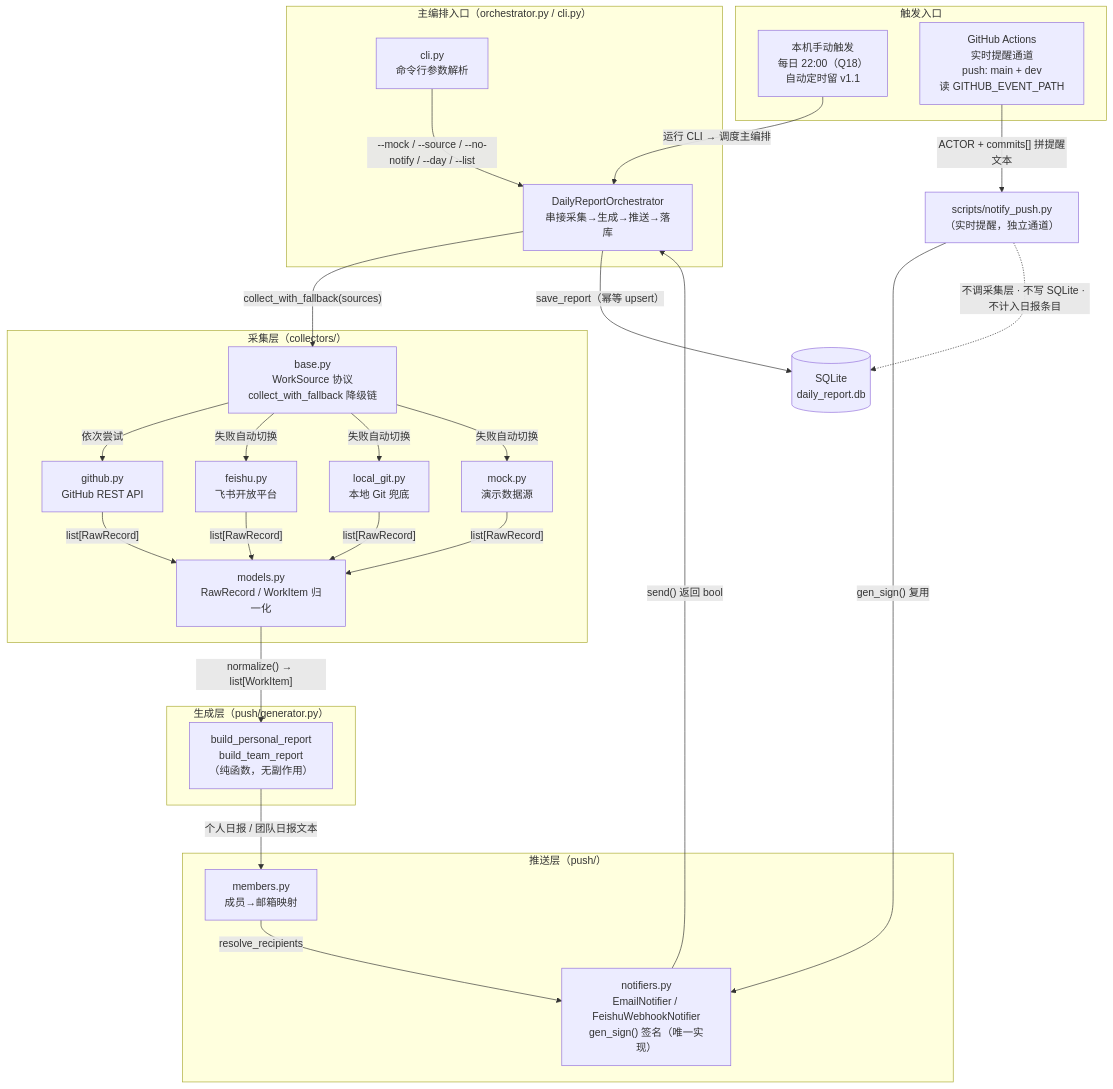
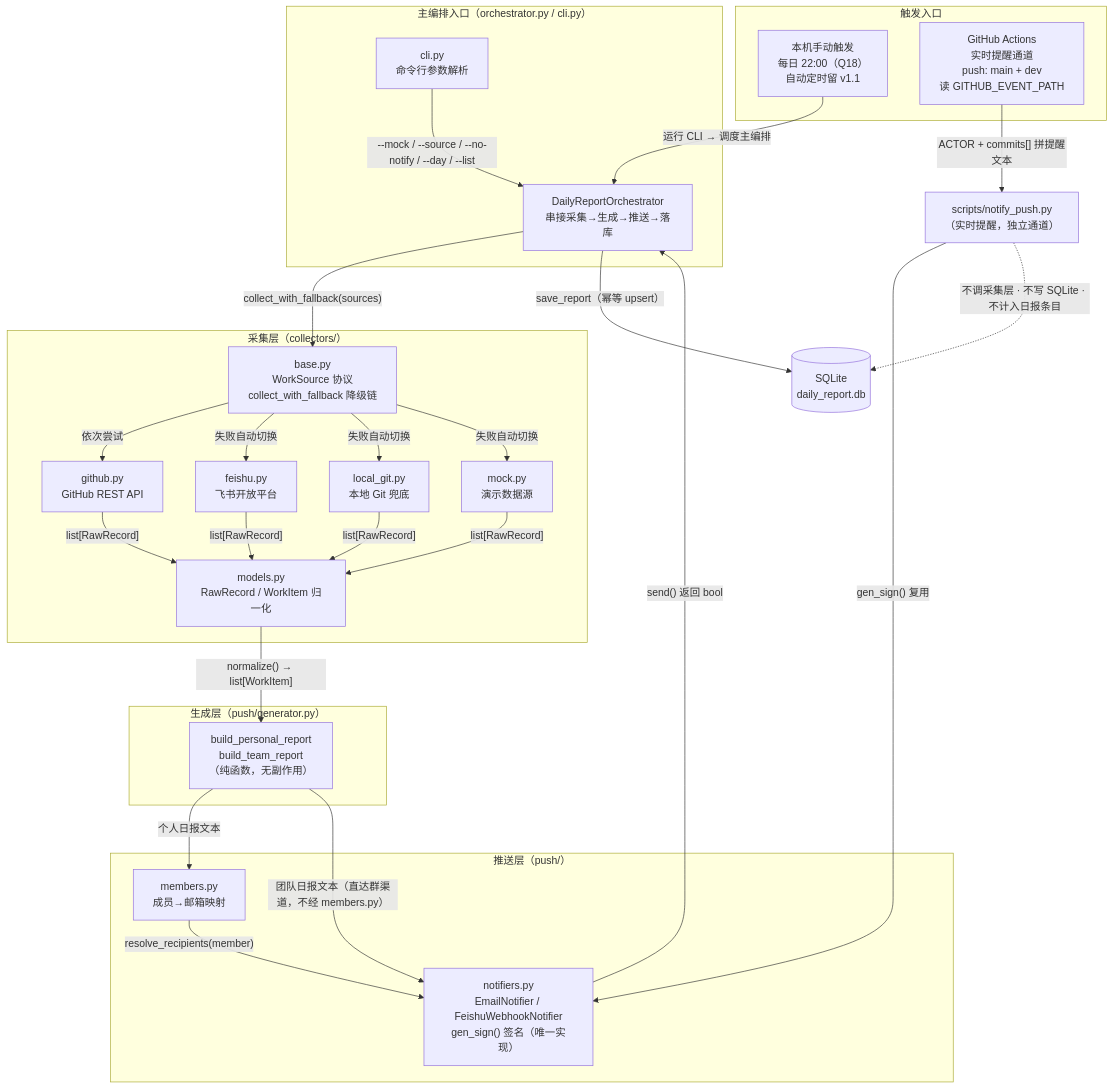
One commit to onetwothree-go/smart-daily changed the diagram in specs/design.md. Above: the diagram before and after it, drawn with Mermaid. The commit also changed other lines of this file, not shown here.

````diff
--- a/specs/design.md
+++ b/specs/design.md
@@ -17,50 +18,51 @@
 ```mermaid
 flowchart TB
     subgraph T["触发入口"]
         ACT["本机手动触发<br/>每日 22:00（Q18）<br/>自动定时留 v1.1"]
         RT["GitHub Actions<br/>实时提醒通道<br/>push: main + dev<br/>读 GITHUB_EVENT_PATH"]
     end
 
     subgraph L4["主编排入口（orchestrator.py / cli.py）"]
         CLI["cli.py<br/>命令行参数解析"]
         ORCH["DailyReportOrchestrator<br/>串接采集→生成→推送→落库"]
     end
 
     subgraph L1["采集层（collectors/）"]
         BASE["base.py<br/>WorkSource 协议<br/>collect_with_fallback 降级链"]
         GH["github.py<br/>GitHub REST API"]
         FS["feishu.py<br/>飞书开放平台"]
         LG["local_git.py<br/>本地 Git 兜底"]
         MK["mock.py<br/>演示数据源"]
         MODELS["models.py<br/>RawRecord / WorkItem 归一化"]
     end
 
     subgraph L2["生成层（push/generator.py）"]
         GEN["build_personal_report<br/>build_team_report<br/>（纯函数，无副作用）"]
     end
 
     subgraph L3["推送层（push/）"]
         MEM["members.py<br/>成员→邮箱映射"]
         NOT["notifiers.py<br/>EmailNotifier / FeishuWebhookNotifier<br/>gen_sign() 签名（唯一实现）"]
     end
 
     DB[("SQLite<br/>daily_report.db")]
 
     ACT -->|"运行 CLI → 调度主编排"| ORCH
     CLI -->|"--mock / --source / --no-notify / --day / --list"| ORCH
     ORCH -->|"collect_with_fallback(sources)"| BASE
     BASE -->|依次尝试| GH
     BASE -->|失败自动切换| FS
     BASE -->|失败自动切换| LG
     BASE -->|失败自动切换| MK
     GH & FS & LG & MK -->|"list[RawRecord]"| MODELS
     MODELS -->|"normalize() → list[WorkItem]"| GEN
-    GEN -->|"个人日报 / 团队日报文本"| MEM
-    MEM -->|"resolve_recipients"| NOT
+    GEN -->|"个人日报文本"| MEM
+    MEM -->|"resolve_recipients(member)"| NOT
+    GEN -->|"团队日报文本（直达群渠道，不经 members.py）"| NOT
     NOT -->|"send() 返回 bool"| ORCH
     ORCH -->|"save_report（幂等 upsert）"| DB
 
     RT -->|"ACTOR + commits[] 拼提醒文本"| NP["scripts/notify_push.py<br/>（实时提醒，独立通道）"]
     NP -->|"gen_sign() 复用"| NOT
     NP -.->|"不调采集层 · 不写 SQLite · 不计入日报条目"| DB
 ```
````
